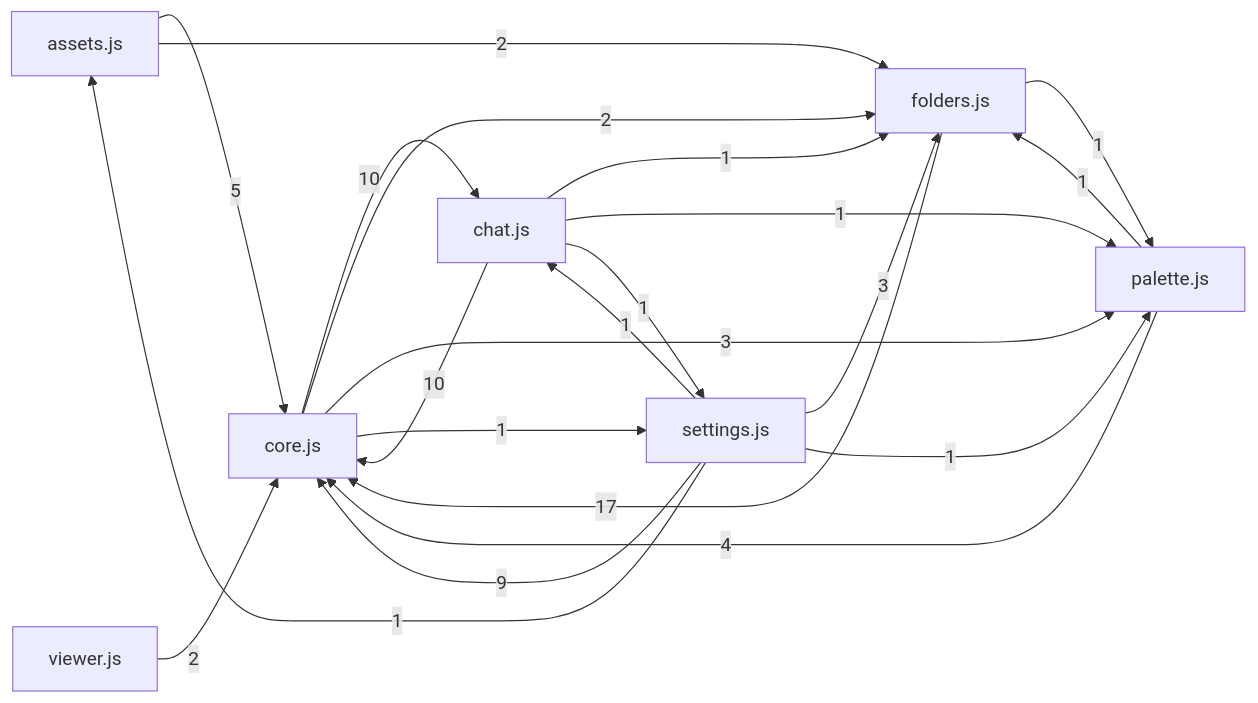
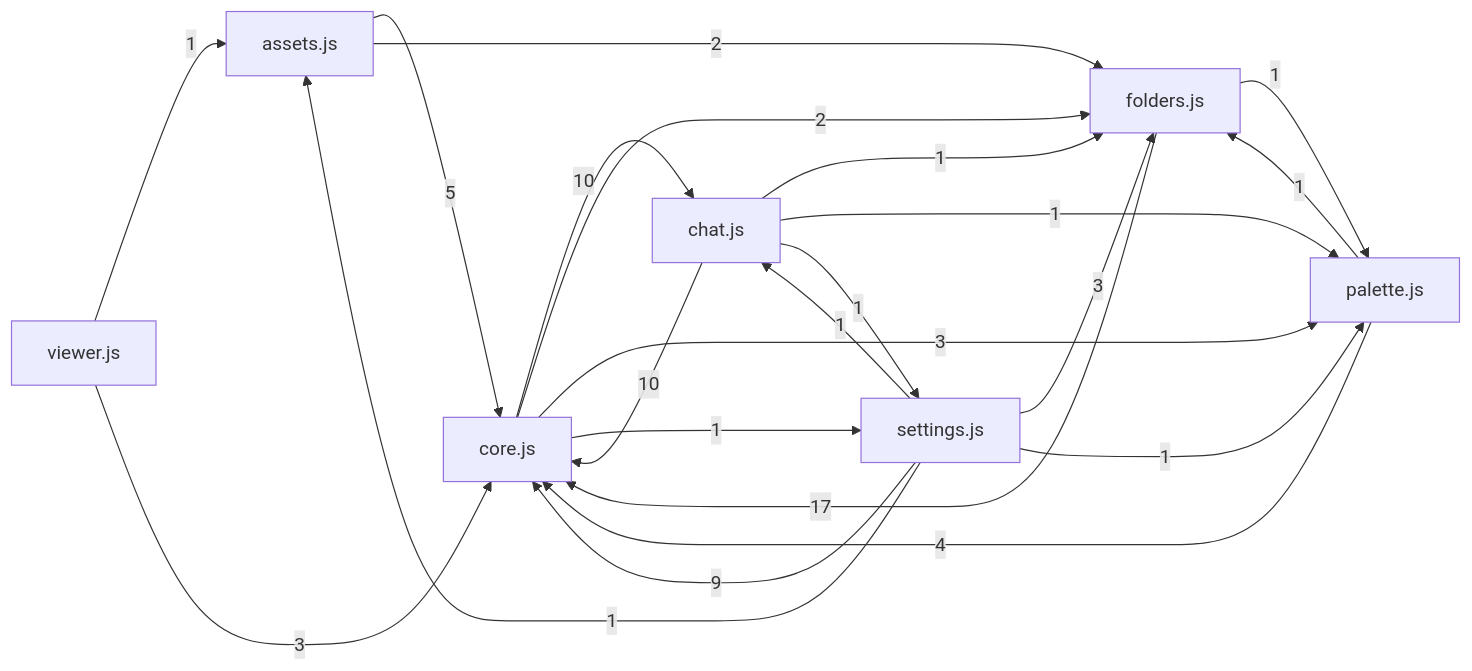
Before and after one commit to Zenginby/kromis: the diagram in docs/graflar/onyuz.md, drawn with Mermaid. The commit also changed other lines of this file and 10 other files, not shown here.

````diff
--- a/docs/graflar/onyuz.md
+++ b/docs/graflar/onyuz.md
@@ -23,23 +23,24 @@
 ```mermaid
 flowchart LR
   n_assets_js["assets.js"] -->|5| n_core_js["core.js"]
   n_assets_js["assets.js"] -->|2| n_folders_js["folders.js"]
   n_chat_js["chat.js"] -->|10| n_core_js["core.js"]
   n_chat_js["chat.js"] -->|1| n_folders_js["folders.js"]
   n_chat_js["chat.js"] -->|1| n_palette_js["palette.js"]
   n_chat_js["chat.js"] -->|1| n_settings_js["settings.js"]
   n_core_js["core.js"] -->|10| n_chat_js["chat.js"]
   n_core_js["core.js"] -->|2| n_folders_js["folders.js"]
   n_core_js["core.js"] -->|3| n_palette_js["palette.js"]
   n_core_js["core.js"] -->|1| n_settings_js["settings.js"]
   n_folders_js["folders.js"] -->|17| n_core_js["core.js"]
   n_folders_js["folders.js"] -->|1| n_palette_js["palette.js"]
   n_palette_js["palette.js"] -->|4| n_core_js["core.js"]
   n_palette_js["palette.js"] -->|1| n_folders_js["folders.js"]
   n_settings_js["settings.js"] -->|1| n_assets_js["assets.js"]
   n_settings_js["settings.js"] -->|1| n_chat_js["chat.js"]
   n_settings_js["settings.js"] -->|9| n_core_js["core.js"]
   n_settings_js["settings.js"] -->|3| n_folders_js["folders.js"]
   n_settings_js["settings.js"] -->|1| n_palette_js["palette.js"]
-  n_viewer_js["viewer.js"] -->|2| n_core_js["core.js"]
+  n_viewer_js["viewer.js"] -->|1| n_assets_js["assets.js"]
+  n_viewer_js["viewer.js"] -->|3| n_core_js["core.js"]
 ```
````
